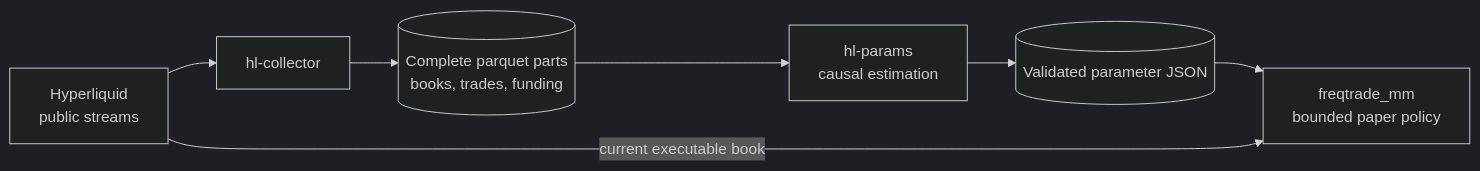
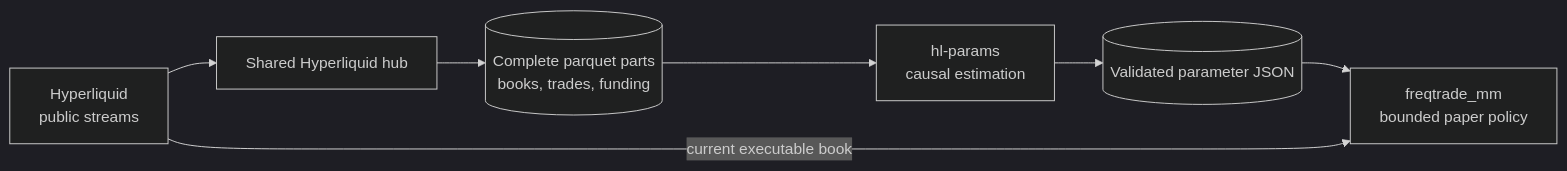
One commit to djienne/AVELLANEDA_MARKET_MAKING_FREQTRADE changed the diagram in README.md. Above: the diagram before and after it, drawn with Mermaid (dark theme). The commit also changed other lines of this file and 7 other files, not shown here.

First line of the commit message:
Read shared Hyperliquid archive and retire the paper collector

````diff
--- a/README.md
+++ b/README.md
@@ -18,9 +18,9 @@
 ```mermaid
 flowchart LR
-    HL["Hyperliquid<br/>public streams"] --> C["hl-collector"]
+    HL["Hyperliquid<br/>public streams"] --> C["Shared Hyperliquid hub"]
     C --> D[("Complete parquet parts<br/>books, trades, funding")]
     D --> P["hl-params<br/>causal estimation"]
     P --> J[("Validated parameter JSON")]
     J --> F["freqtrade_mm<br/>bounded paper policy"]
     HL -->|"current executable book"| F
 ```
````
